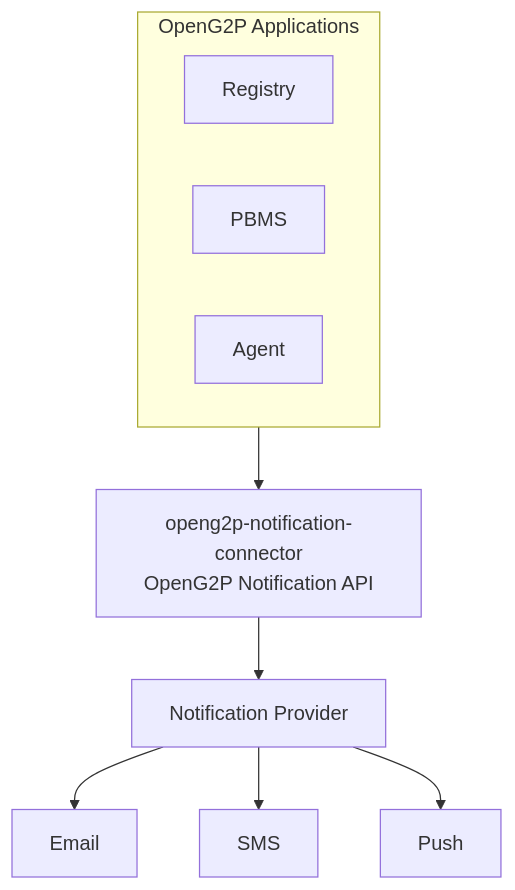
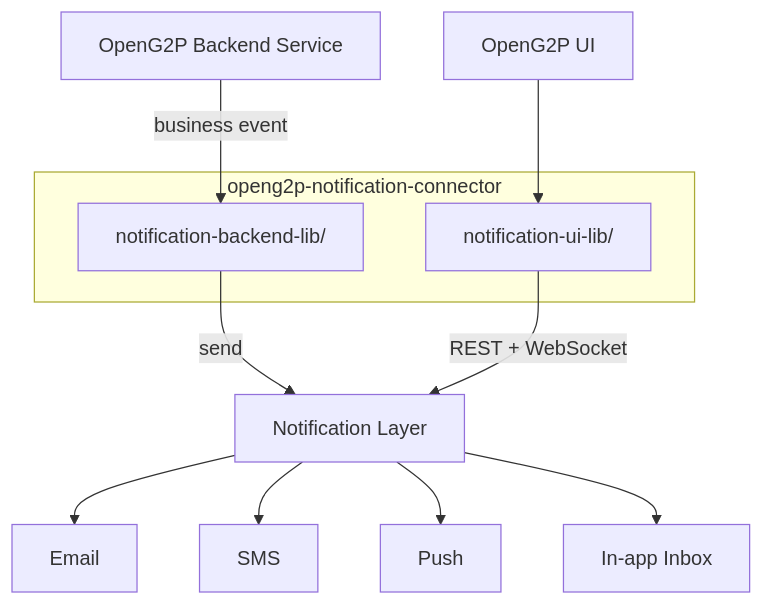
The first of 9 diagrams in platform/platform-services/notification/notification-architecture.md (OpenG2P/openg2p-documentation), drawn with Mermaid before and after one commit. The commit also changed other lines of this file and 1 other file, not shown here.

Commit message:
G2P-5694 refactor: notification architecture design documentation

````diff
--- a/platform/platform-services/notification/notification-architecture.md
+++ b/platform/platform-services/notification/notification-architecture.md
@@ -24,17 +37,23 @@
 ```mermaid
 flowchart TB
-    subgraph Apps["OpenG2P Applications"]
-        Registry
-        PBMS
-        Agent
+    Backend["OpenG2P Backend Service"]
+    UI["OpenG2P UI"]
+
+    subgraph Connector["openg2p-notification-connector"]
+        BackendLib["notification-backend-lib/"]
+        UILib["notification-ui-lib/"]
     end
 
-    Connector["openg2p-notification-connector<br/>OpenG2P Notification API"]
-    Provider["Notification Provider"]
+    Layer["Notification Layer"]
 
-    Apps --> Connector --> Provider
+    Backend -->|"business event"| BackendLib
+    BackendLib -->|"send"| Layer
 
-    Provider --> Email
-    Provider --> SMS
-    Provider --> Push
+    UI --> UILib
+    UILib -->|"REST + WebSocket"| Layer
+
+    Layer --> Email
+    Layer --> SMS
+    Layer --> Push
+    Layer --> InApp["In-app Inbox"]
 ```
````
